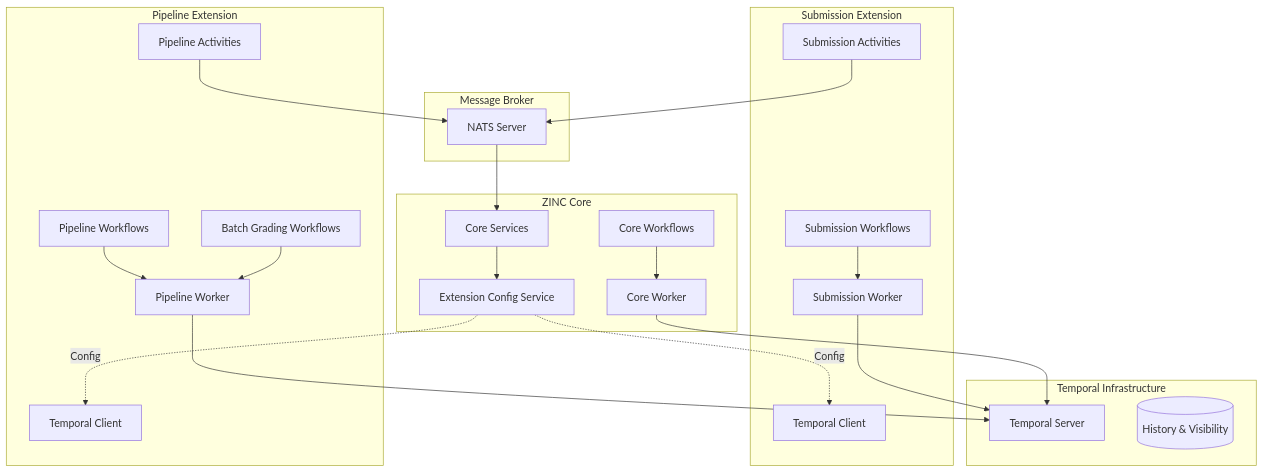
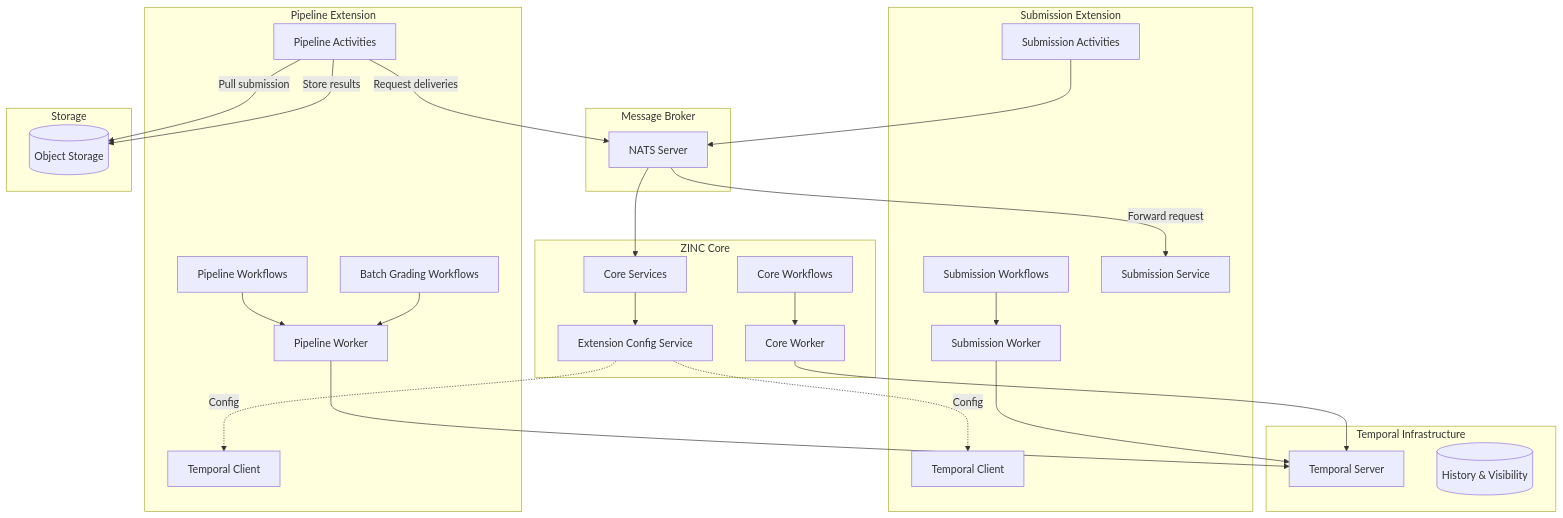
Before and after one commit to zinc-sig/affairs: the first of 2 diagrams in rfd/0010/README.md, drawn with Mermaid. The commit also changed other lines of this file, not shown here.

First line of the commit message:
rfd/0010: Correct activity flow and add object storage integration

````diff
--- a/rfd/0010/README.md
+++ b/rfd/0010/README.md
@@ -96,50 +96,58 @@
 ```mermaid
 graph TB
     subgraph "ZINC Core"
         Core[Core Services]
         ExtConfig[Extension Config Service]
         CoreWorker[Core Worker]
         CoreWF[Core Workflows]
     end
 
     subgraph "Temporal Infrastructure"
         TemporalServer[Temporal Server]
         TemporalDB[(History & Visibility)]
     end
 
     subgraph "Submission Extension"
         SubClient[Temporal Client]
         SubWorker[Submission Worker]
         SubWF[Submission Workflows]
         SubAct[Submission Activities]
+        SubSvc[Submission Service]
     end
 
     subgraph "Pipeline Extension"
         PipeClient[Temporal Client]
         PipeWorker[Pipeline Worker]
         PipeWF[Pipeline Workflows]
         BatchWF[Batch Grading Workflows]
         PipeAct[Pipeline Activities]
     end
 
     subgraph "Message Broker"
         NATS[NATS Server]
+    end
+
+    subgraph "Storage"
+        ObjectStore[(Object Storage)]
     end
 
     Core --> ExtConfig
     ExtConfig -.->|Config| SubClient
     ExtConfig -.->|Config| PipeClient
 
     CoreWorker --> TemporalServer
     SubWorker --> TemporalServer
     PipeWorker --> TemporalServer
 
     CoreWF --> CoreWorker
     SubWF --> SubWorker
     PipeWF --> PipeWorker
     BatchWF --> PipeWorker
 
+    PipeAct -->|Request deliveries| NATS
+    NATS -->|Forward request| SubSvc
+    PipeAct -->|Pull submission| ObjectStore
+    PipeAct -->|Store results| ObjectStore
     SubAct --> NATS
-    PipeAct --> NATS
     NATS --> Core
 ```
````
